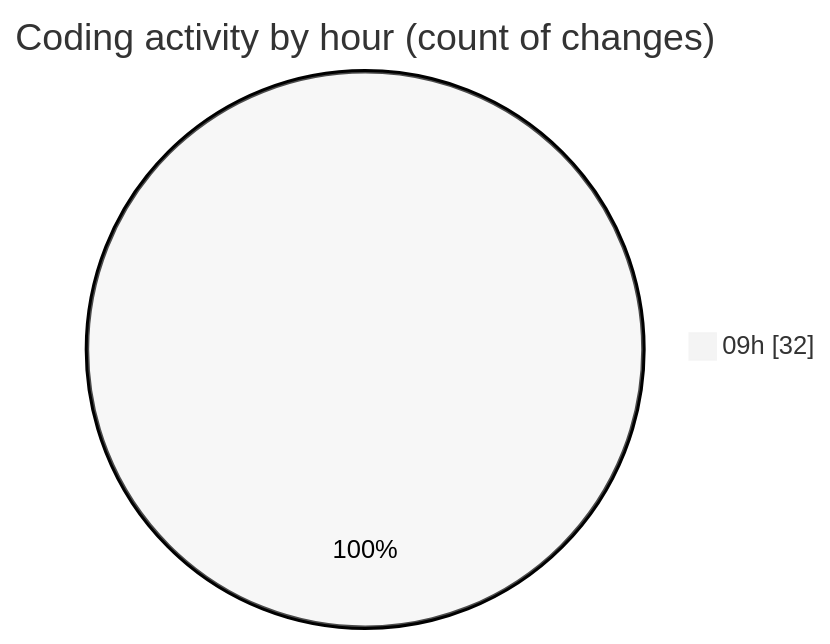
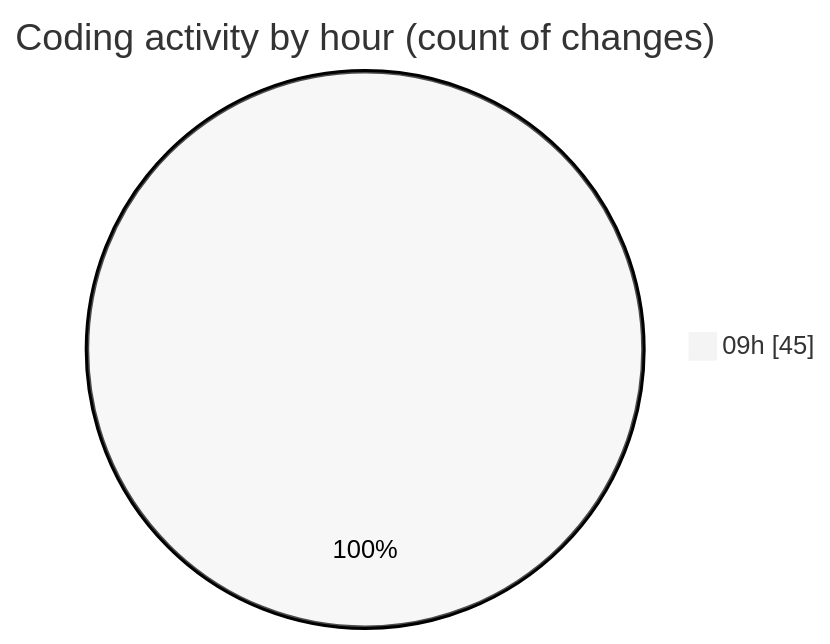
One commit to momahboobian/code-tracking changed the second of 2 diagrams in 2025-09-19/cda/README.md. Above: the diagram before and after it, drawn with Mermaid (neutral theme). The commit also changed other lines of this file and 1 other file, not shown here.

````diff
--- a/2025-09-19/cda/README.md
+++ b/2025-09-19/cda/README.md
@@ -30,5 +30,5 @@
 ```mermaid
 pie showData
 title Coding activity by hour (count of changes)
-"09h" : 32
+"09h" : 45
 ```
````
